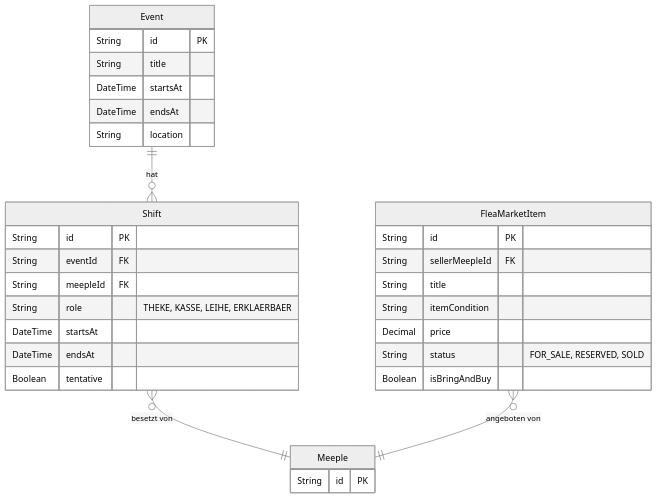
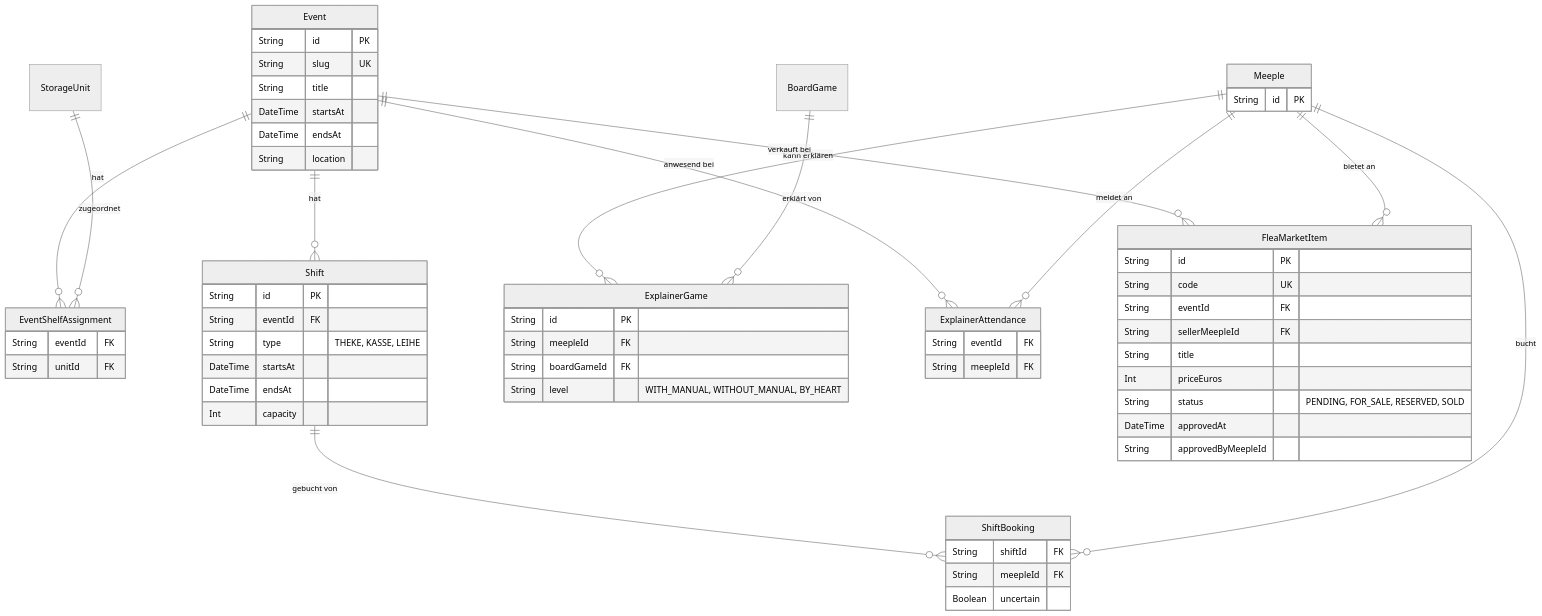
The fifth of 5 diagrams in docs/schema.md (oecher-meeples/portal), drawn with Mermaid (neutral theme) before and after one commit. The commit also changed other lines of this file and 1 other file, not shown here.

Commit message:
docs: mark phase 6 milestones complete

````diff
--- a/docs/schema.md
+++ b/docs/schema.md
@@ -287,38 +289,71 @@
 ```mermaid
 erDiagram
     Event {
         String id PK
+        String slug UK
         String title
         DateTime startsAt
         DateTime endsAt
         String location
     }
 
+    EventShelfAssignment {
+        String eventId FK
+        String unitId FK
+    }
+
     Shift {
         String id PK
         String eventId FK
-        String meepleId FK
-        String role "THEKE, KASSE, LEIHE, ERKLAERBAER"
+        String type "THEKE, KASSE, LEIHE"
         DateTime startsAt
         DateTime endsAt
-        Boolean tentative
+        Int capacity
+    }
+
+    ShiftBooking {
+        String shiftId FK
+        String meepleId FK
+        Boolean uncertain
+    }
+
+    ExplainerGame {
+        String id PK
+        String meepleId FK
+        String boardGameId FK
+        String level "WITH_MANUAL, WITHOUT_MANUAL, BY_HEART"
+    }
+
+    ExplainerAttendance {
+        String eventId FK
+        String meepleId FK
     }
 
     FleaMarketItem {
         String id PK
+        String code UK
+        String eventId FK
         String sellerMeepleId FK
         String title
-        String itemCondition
-        Decimal price
-        String status "FOR_SALE, RESERVED, SOLD"
-        Boolean isBringAndBuy
+        Int priceEuros
+        String status "PENDING, FOR_SALE, RESERVED, SOLD"
+        DateTime approvedAt
+        String approvedByMeepleId
     }
 
+    Event ||--o{ EventShelfAssignment : "hat"
+    StorageUnit ||--o{ EventShelfAssignment : "zugeordnet"
     Event ||--o{ Shift : "hat"
-    Shift }o--|| Meeple : "besetzt von"
-    FleaMarketItem }o--|| Meeple : "angeboten von"
+    Shift ||--o{ ShiftBooking : "gebucht von"
+    Meeple ||--o{ ShiftBooking : "bucht"
+    Meeple ||--o{ ExplainerGame : "kann erklären"
+    BoardGame ||--o{ ExplainerGame : "erklärt von"
+    Event ||--o{ ExplainerAttendance : "anwesend bei"
+    Meeple ||--o{ ExplainerAttendance : "meldet an"
+    Event ||--o{ FleaMarketItem : "verkauft bei"
+    Meeple ||--o{ FleaMarketItem : "bietet an"
 
     Meeple {
         String id PK
     }
 ```
````
